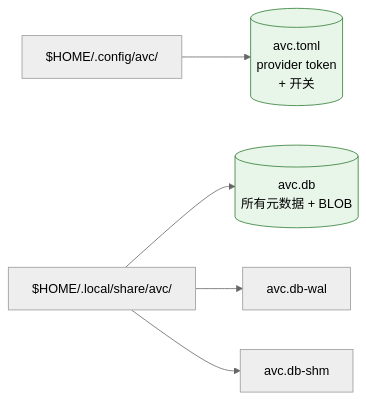
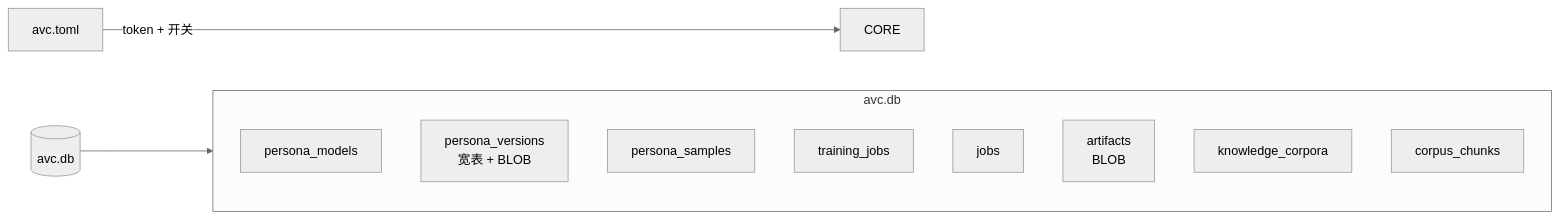
One commit to growdu/avcore changed the third of 3 diagrams in docs/architecture.md. Above: the diagram before and after it, drawn with Mermaid (neutral theme). The commit also changed other lines of this file and 13 other files, not shown here.

````diff
--- a/docs/architecture.md
+++ b/docs/architecture.md
@@ -514,10 +90,15 @@
 ```mermaid
 graph LR
-    CFG_DIR["$HOME/.config/avc/"] --> TOML[("avc.toml<br/>provider token<br/>+ 开关")]
-    DATA_DIR["$HOME/.local/share/avc/"] --> DB[("avc.db<br/>所有元数据 + BLOB")]
-    DATA_DIR --> WAL[avc.db-wal]
-    DATA_DIR --> SHM[avc.db-shm]
-
-    classDef stable fill:#e8f5e9,stroke:#2e7d32
-    class TOML,DB stable
+    CFG[avc.toml] -->|token + 开关| CORE
+    DB[(avc.db)] --> ST
+    subgraph ST[avc.db]
+      PM[persona_models]
+      PV[persona_versions<br/>宽表 + BLOB]
+      PS[persona_samples]
+      TJ[training_jobs]
+      JC[jobs]
+      AR[artifacts<br/>BLOB]
+      CR[knowledge_corpora]
+      CK[corpus_chunks]
+    end
 ```
````
